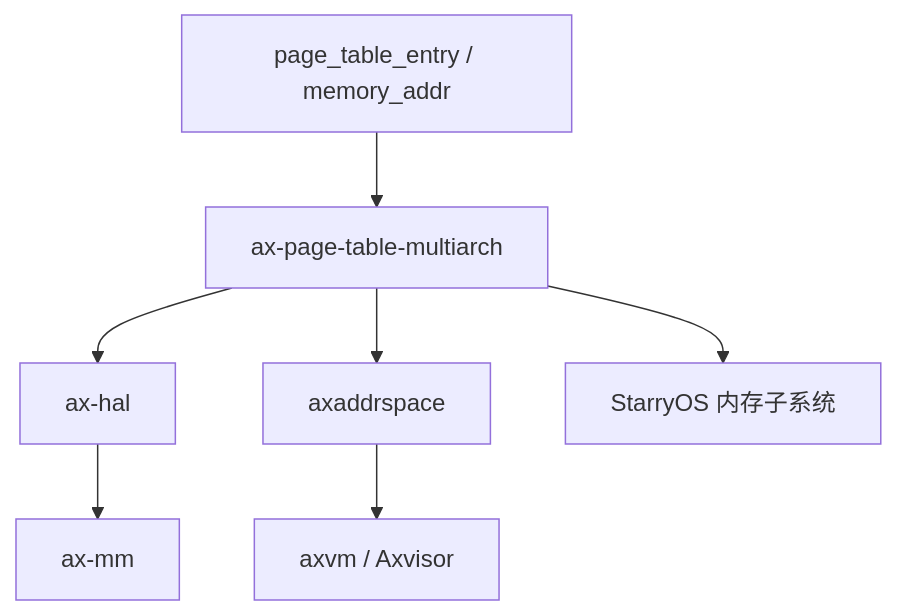
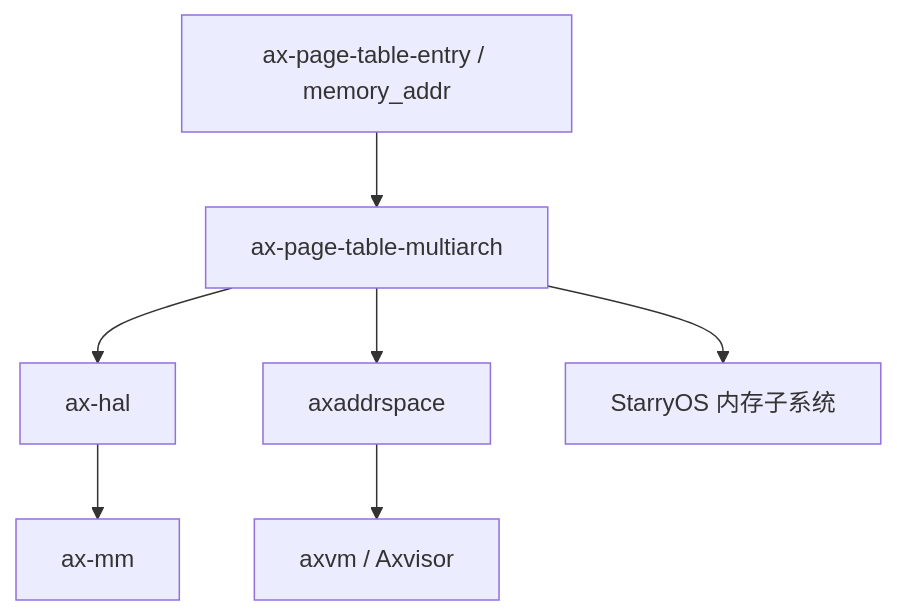
The second of 2 diagrams in docs/crates/ax-page-table-multiarch.md (rcore-os/tgoskits), drawn with Mermaid before and after one commit. The commit also changed other lines of this file and 62 other files, not shown here.

Commit message:
rename page_table_entry to ax-page-table-entry

````diff
--- a/docs/crates/ax-page-table-multiarch.md
+++ b/docs/crates/ax-page-table-multiarch.md
@@ -222,9 +222,9 @@
 ```mermaid
 graph TD
-    A[page_table_entry / memory_addr] --> B[ax-page-table-multiarch]
+    A[ax-page-table-entry / memory_addr] --> B[ax-page-table-multiarch]
     B --> C[ax-hal]
     B --> D[axaddrspace]
     C --> E[ax-mm]
     D --> F[axvm / Axvisor]
     B --> G[StarryOS 内存子系统]
 ```
````
